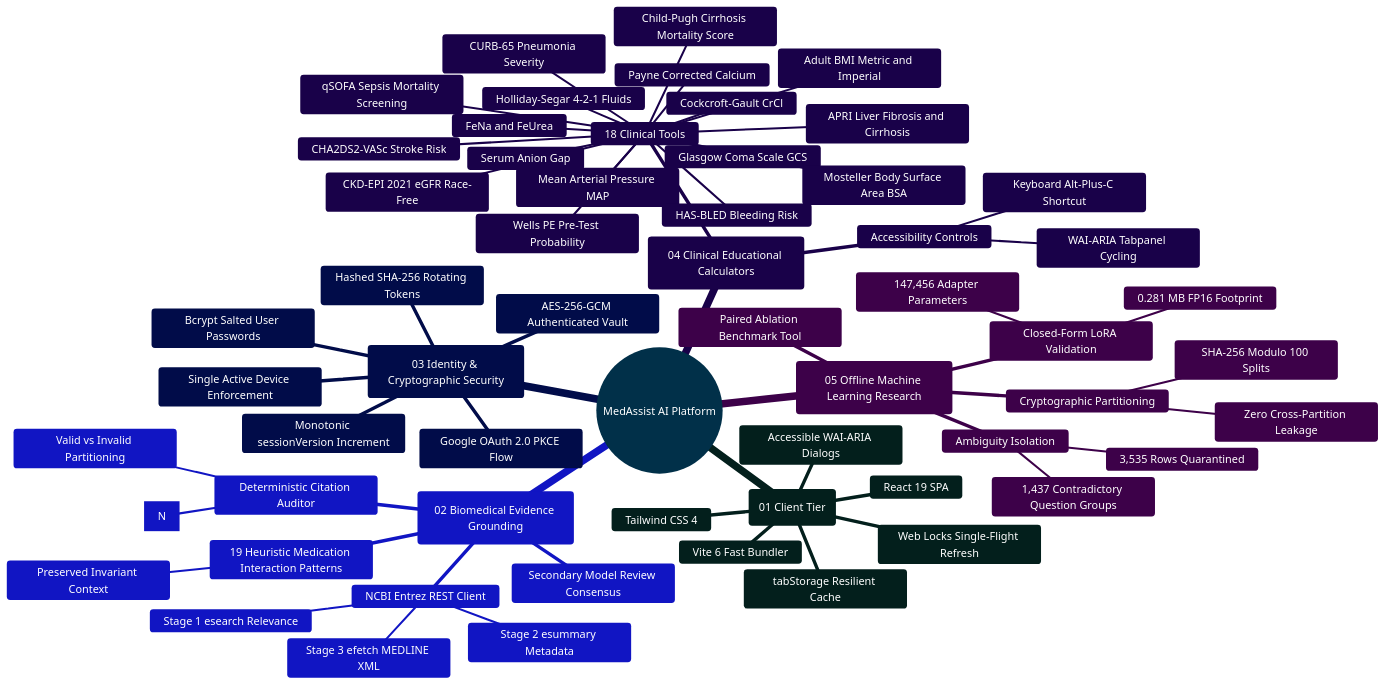
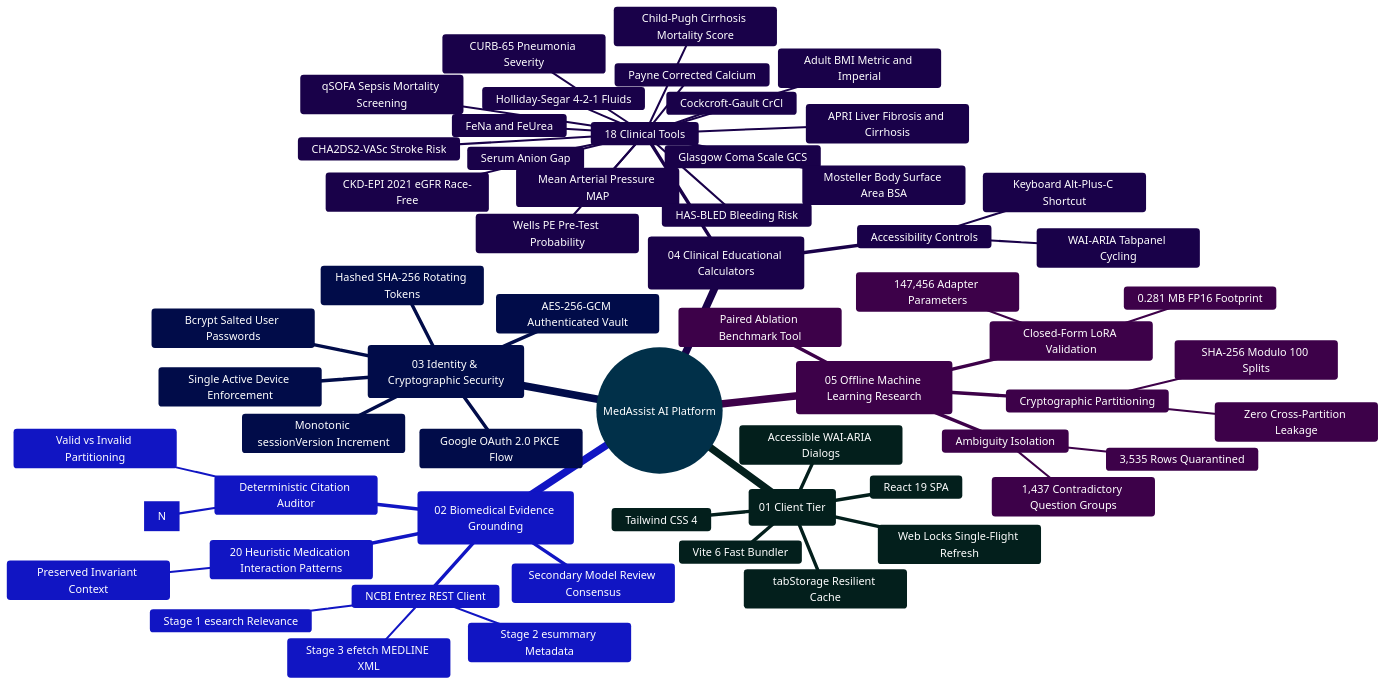
One commit to Ganesh172919/React-App-LLM changed the first of 2 diagrams in README.md. Above: the diagram before and after it, drawn with Mermaid. The commit also changed other lines of this file and 53 other files, not shown here.

````diff
--- a/README.md
+++ b/README.md
@@ -94,64 +94,64 @@
 ```mermaid
 %%{init: {'theme': 'base', 'themeVariables': { 'primaryColor': '#0284c7', 'primaryTextColor': '#ffffff', 'primaryBorderColor': '#0369a1', 'lineColor': '#0284c7', 'secondaryColor': '#0d9488', 'tertiaryColor': '#6366f1' }}}%%
 mindmap
   root((MedAssist AI Platform))
     ::icon(fa fa-heartbeat)
     (01 Client Tier)
       React 19 SPA
       Vite 6 Fast Bundler
       Tailwind CSS 4
       Web Locks Single-Flight Refresh
       tabStorage Resilient Cache
       Accessible WAI-ARIA Dialogs
     (02 Biomedical Evidence Grounding)
       NCBI Entrez REST Client
         Stage 1 esearch Relevance
         Stage 2 esummary Metadata
         Stage 3 efetch MEDLINE XML
       Deterministic Citation Auditor
         Bracket Regex Extraction [N]
         Valid vs Invalid Partitioning
-      19 Heuristic Medication Interaction Patterns
+      20 Heuristic Medication Interaction Patterns
         Preserved Invariant Context
       Secondary Model Review Consensus
     (03 Identity & Cryptographic Security)
       Bcrypt Salted User Passwords
       Monotonic sessionVersion Increment
       Single Active Device Enforcement
       Hashed SHA-256 Rotating Tokens
       AES-256-GCM Authenticated Vault
       Google OAuth 2.0 PKCE Flow
     (04 Clinical Educational Calculators)
       18 Clinical Tools
         Adult BMI Metric and Imperial
         CKD-EPI 2021 eGFR Race-Free
         CHA2DS2-VASc Stroke Risk
         Mean Arterial Pressure MAP
         Cockcroft-Gault CrCl
         Payne Corrected Calcium
         Serum Anion Gap
         FeNa and FeUrea
         Holliday-Segar 4-2-1 Fluids
         Wells PE Pre-Test Probability
         CURB-65 Pneumonia Severity
         Glasgow Coma Scale GCS
         HAS-BLED Bleeding Risk
         qSOFA Sepsis Mortality Screening
         Mosteller Body Surface Area BSA
         APRI Liver Fibrosis and Cirrhosis
         Child-Pugh Cirrhosis Mortality Score
       Accessibility Controls
         WAI-ARIA Tabpanel Cycling
         Keyboard Alt-Plus-C Shortcut
     (05 Offline Machine Learning Research)
       Ambiguity Isolation
         1,437 Contradictory Question Groups
         3,535 Rows Quarantined
       Cryptographic Partitioning
         SHA-256 Modulo 100 Splits
         Zero Cross-Partition Leakage
       Closed-Form LoRA Validation
         147,456 Adapter Parameters
         0.281 MB FP16 Footprint
       Paired Ablation Benchmark Tool
 ```
````
